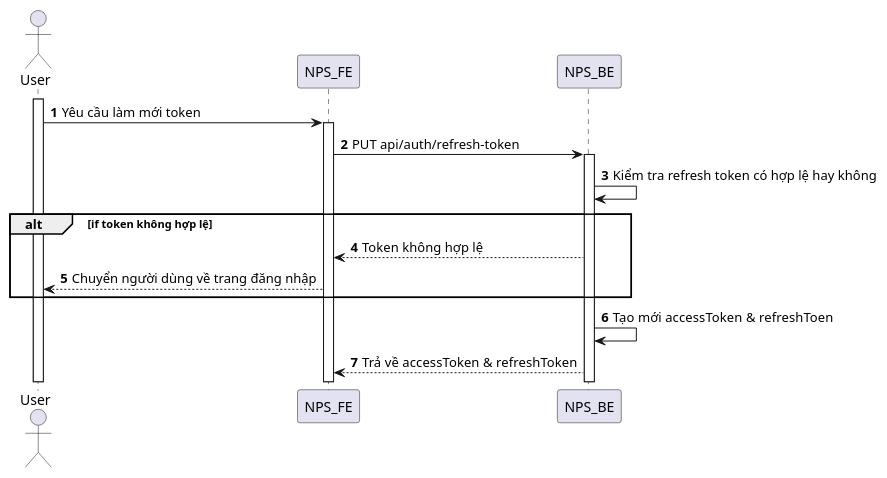
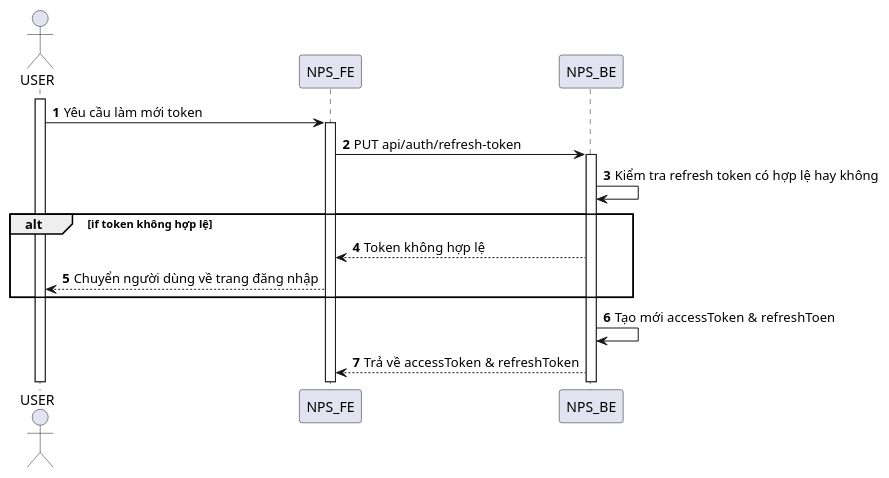
The diagram in SequenceDiagram/Authentication/refresh-token.puml (congdanh0101/fast-food), drawn with PlantUML before and after one commit. The commit also changed 144 other files, not shown here.

Commit message:
update seq diagram

```diff
--- a/SequenceDiagram/Authentication/refresh-token.puml
+++ b/SequenceDiagram/Authentication/refresh-token.puml
@@ -1,16 +1,16 @@
 @startuml
 autonumber
-actor User
-activate User
-User -> NPS_FE: Yêu cầu làm mới token
+actor USER
+activate USER
+USER -> NPS_FE: Yêu cầu làm mới token
 activate NPS_FE
 NPS_FE -> NPS_BE: PUT api/auth/refresh-token
 activate NPS_BE
 NPS_BE -> NPS_BE: Kiểm tra refresh token có hợp lệ hay không
 alt if token không hợp lệ
 NPS_BE --> NPS_FE: Token không hợp lệ
-NPS_FE --> User: Chuyển người dùng về trang đăng nhập
+NPS_FE --> USER: Chuyển người dùng về trang đăng nhập
 end 
 NPS_BE -> NPS_BE: Tạo mới accessToken & refreshToen
 NPS_BE --> NPS_FE: Trả về accessToken & refreshToken
 @enduml
```
